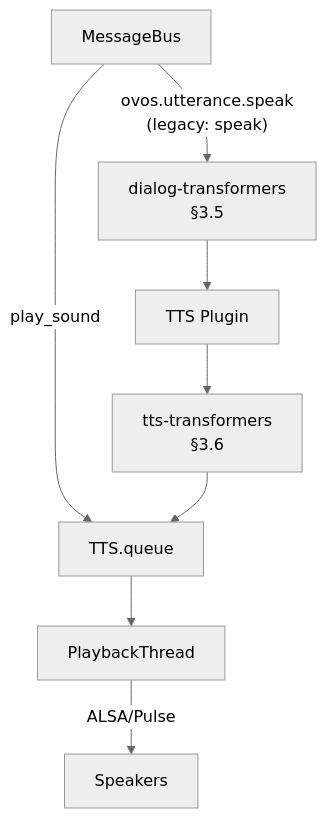
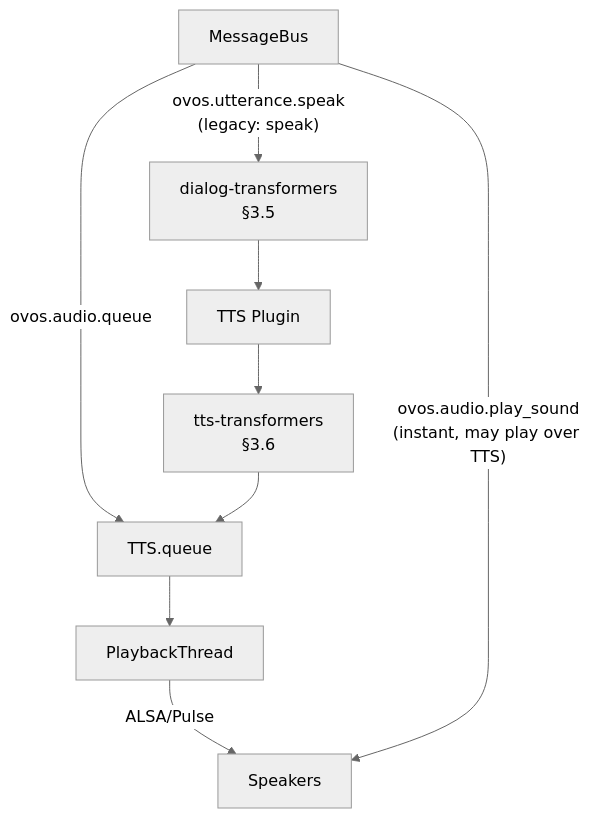
Before and after one commit to OpenVoiceOS/beta-technical-manual: the first of 2 diagrams in docs/audio-service.md, drawn with Mermaid (neutral theme). The commit also changed other lines of this file, not shown here.

First line of the commit message:
docs: play_sound bypasses the TTS queue

````diff
--- a/docs/audio-service.md
+++ b/docs/audio-service.md
@@ -103,10 +105,11 @@
 ```mermaid
 flowchart TD
     Bus[MessageBus] -->|"ovos.utterance.speak<br/>(legacy: speak)"| DXForm["dialog-transformers<br/>§3.5"]
     DXForm --> TTS[TTS Plugin]
     TTS --> TXForm["tts-transformers<br/>§3.6"]
-    Bus -->|play_sound| Queue[TTS.queue]
+    Bus -->|"ovos.audio.queue"| Queue[TTS.queue]
     TXForm --> Queue
     Queue --> Thread[PlaybackThread]
     Thread -->|ALSA/Pulse| Speakers[Speakers]
+    Bus -->|"ovos.audio.play_sound<br/>(instant, may play over TTS)"| Speakers
 ```
````
